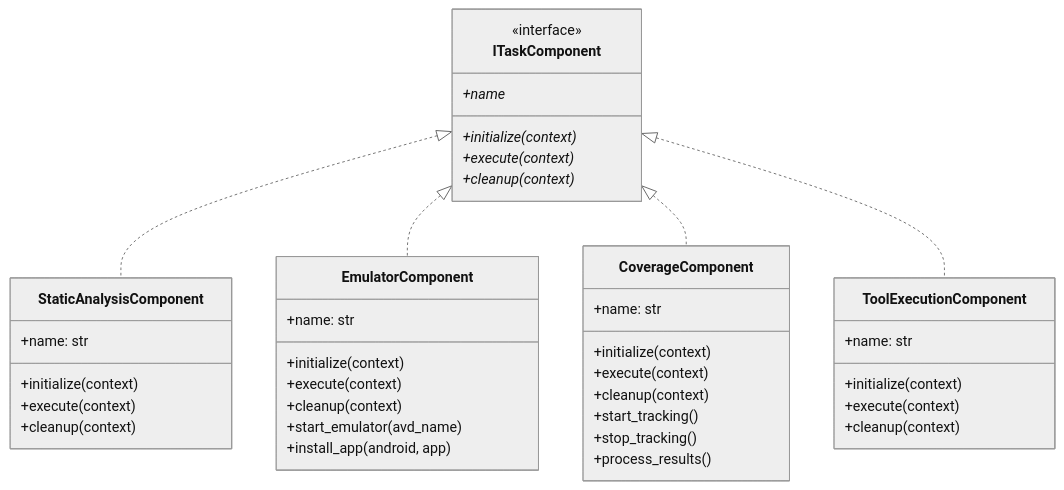
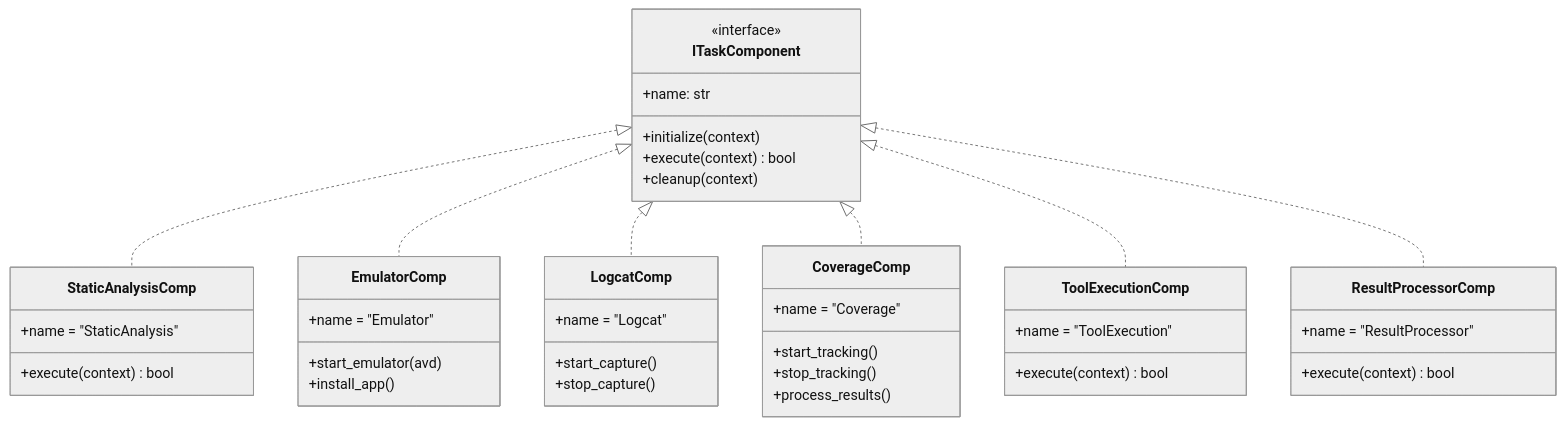
Before and after one commit to PAMunb/rvsec: the fourth of 4 diagrams in rv-android/modules/rv-platform/docs/architecture.md, drawn with Mermaid. The commit also changed other lines of this file and 17 other files, not shown here.

First line of the commit message:
docs(tg5): architecture docs for all 13 modules + aperv spec rewrite + script updates (refs #48)

````diff
--- a/rv-android/modules/rv-platform/docs/architecture.md
+++ b/rv-android/modules/rv-platform/docs/architecture.md
@@ -583,49 +428,52 @@
 ```mermaid
 %%{init: {'theme': 'neutral'}}%%
 classDiagram
     class ITaskComponent {
         <<interface>>
-        +initialize(context)*
-        +execute(context)*
-        +cleanup(context)*
-        +name*
-    }
-
-    class StaticAnalysisComponent {
         +name: str
         +initialize(context)
-        +execute(context)
+        +execute(context) bool
         +cleanup(context)
     }
 
-    class EmulatorComponent {
-        +name: str
-        +initialize(context)
-        +execute(context)
-        +cleanup(context)
-        +start_emulator(avd_name)
-        +install_app(android, app)
+    class StaticAnalysisComp {
+        +name = "StaticAnalysis"
+        +execute(context) bool
     }
 
-    class CoverageComponent {
-        +name: str
-        +initialize(context)
-        +execute(context)
-        +cleanup(context)
+    class EmulatorComp {
+        +name = "Emulator"
+        +start_emulator(avd)
+        +install_app()
+    }
+
+    class LogcatComp {
+        +name = "Logcat"
+        +start_capture()
+        +stop_capture()
+    }
+
+    class CoverageComp {
+        +name = "Coverage"
         +start_tracking()
         +stop_tracking()
         +process_results()
     }
 
-    class ToolExecutionComponent {
-        +name: str
-        +initialize(context)
-        +execute(context)
-        +cleanup(context)
+    class ToolExecutionComp {
+        +name = "ToolExecution"
+        +execute(context) bool
     }
 
-    ITaskComponent <|.. StaticAnalysisComponent
-    ITaskComponent <|.. EmulatorComponent
-    ITaskComponent <|.. CoverageComponent
-    ITaskComponent <|.. ToolExecutionComponent
+    class ResultProcessorComp {
+        +name = "ResultProcessor"
+        +execute(context) bool
+    }
+
+    ITaskComponent <|.. StaticAnalysisComp
+    ITaskComponent <|.. EmulatorComp
+    ITaskComponent <|.. LogcatComp
+    ITaskComponent <|.. CoverageComp
+    ITaskComponent <|.. ToolExecutionComp
+    ITaskComponent <|.. ResultProcessorComp
 ```
````
